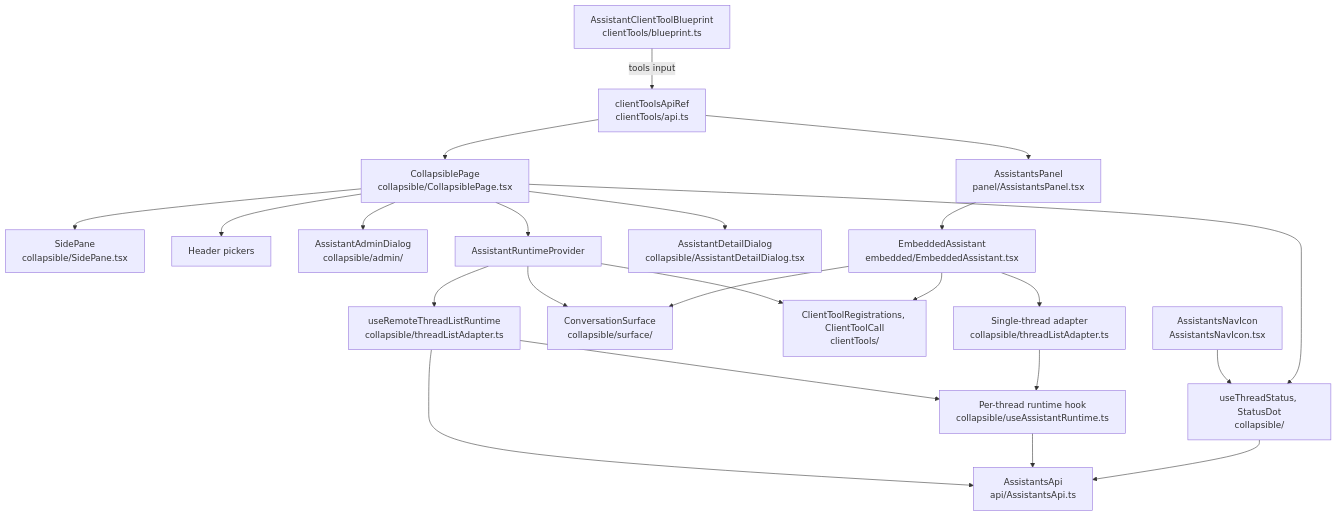
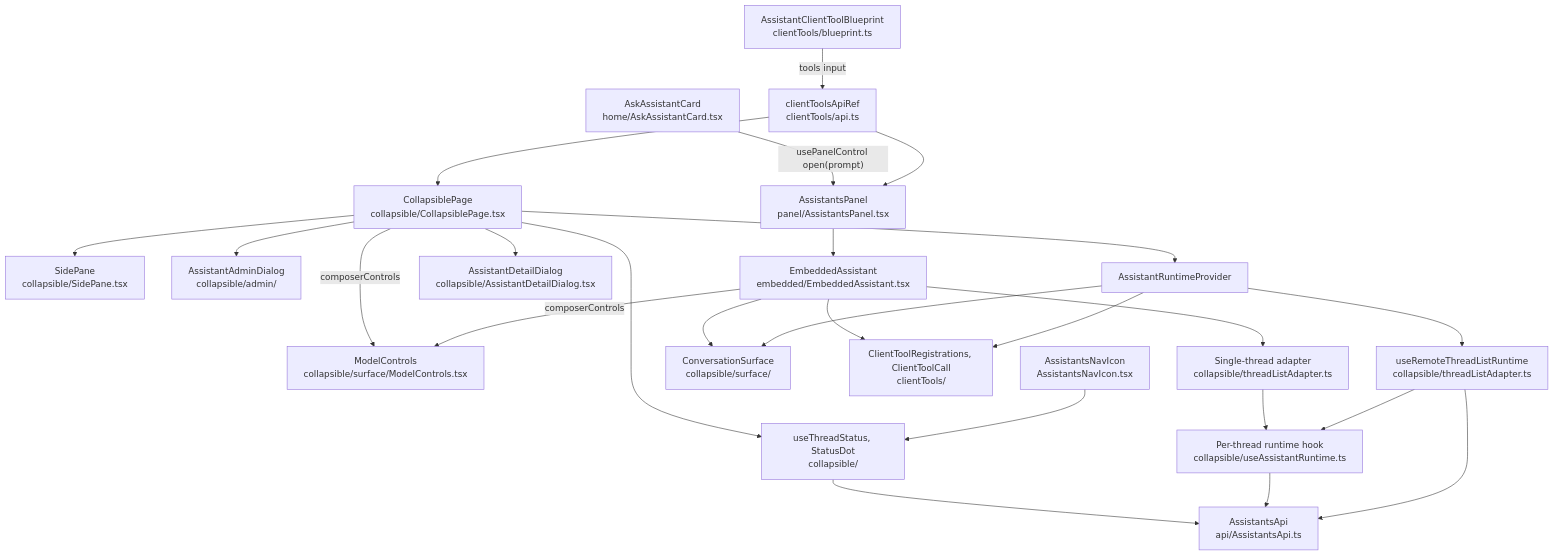
One commit to drewswiredin/backstage-assistants changed the sixth of 7 diagrams in docs/architecture.md. Above: the diagram before and after it, drawn with Mermaid. The commit also changed other lines of this file and 21 other files, not shown here.

First line of the commit message:
feat(assistants): the homepage bar, pickers in the composer, and panel history

````diff
--- a/docs/architecture.md
+++ b/docs/architecture.md
@@ -356,43 +357,46 @@
 ```mermaid
 flowchart TB
   CP["CollapsiblePage\ncollapsible/CollapsiblePage.tsx"]
   SP["SidePane\ncollapsible/SidePane.tsx"]
-  HP["Header pickers"]
+  MC["ModelControls\ncollapsible/surface/ModelControls.tsx"]
   AD["AssistantAdminDialog\ncollapsible/admin/"]
   RP["AssistantRuntimeProvider"]
   RL["useRemoteThreadListRuntime\ncollapsible/threadListAdapter.ts"]
   RH["Per-thread runtime hook\ncollapsible/useAssistantRuntime.ts"]
   CS["ConversationSurface\ncollapsible/surface/"]
   API["AssistantsApi\napi/AssistantsApi.ts"]
   DD["AssistantDetailDialog\ncollapsible/AssistantDetailDialog.tsx"]
   TS["useThreadStatus, StatusDot\ncollapsible/"]
   CT["ClientToolRegistrations, ClientToolCall\nclientTools/"]
   BP["AssistantClientToolBlueprint\nclientTools/blueprint.ts"]
   NI["AssistantsNavIcon\nAssistantsNavIcon.tsx"]
   PN["AssistantsPanel\npanel/AssistantsPanel.tsx"]
+  HC["AskAssistantCard\nhome/AskAssistantCard.tsx"]
   EA["EmbeddedAssistant\nembedded/EmbeddedAssistant.tsx"]
   SA["Single-thread adapter\ncollapsible/threadListAdapter.ts"]
   CA["clientToolsApiRef\nclientTools/api.ts"]
   PN --> EA
+  HC -->|"usePanelControl open(prompt)"| PN
   EA --> SA
   SA --> RH
   EA --> CT
   EA --> CS
   CA --> PN
   CP --> SP
   CP --> DD
   CP --> TS
   NI --> TS
   RP --> CT
   BP -->|"tools input"| CA
   CA --> CP
   TS --> API
-  CP --> HP
+  CP -->|"composerControls"| MC
+  EA -->|"composerControls"| MC
   CP --> AD
   CP --> RP
   RP --> RL
   RL --> RH
   RP --> CS
   RH --> API
   RL --> API
 ```
````
